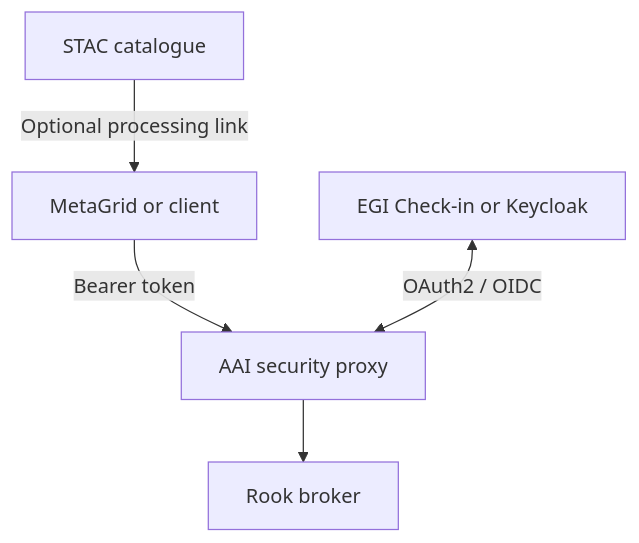
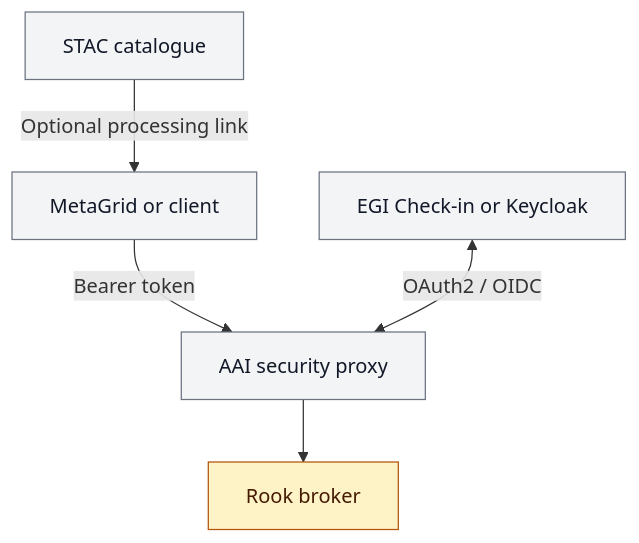
The sixth of 11 diagrams in Rook_WPS_ESGF2_talk_draft.md (roocs/rook), drawn with Mermaid before and after one commit. The commit also changed other lines of this file and 8 other files, not shown here.

````diff
--- a/Rook_WPS_ESGF2_talk_draft.md
+++ b/Rook_WPS_ESGF2_talk_draft.md
@@ -254,7 +266,11 @@
 ```mermaid
 flowchart TD
     STAC["STAC catalogue"] -->|"Optional processing link"| Portal["MetaGrid or client"]
     Portal -->|"Bearer token"| Proxy["AAI security proxy"]
     Identity["EGI Check-in or Keycloak"] <-->|"OAuth2 / OIDC"| Proxy
     Proxy --> Broker["Rook broker"]
+
+    classDef default fill:#f3f4f6,stroke:#6b7280,color:#111827
+    classDef new fill:#fef3c7,stroke:#b45309,color:#451a03
+    class Broker new
 ```
````
